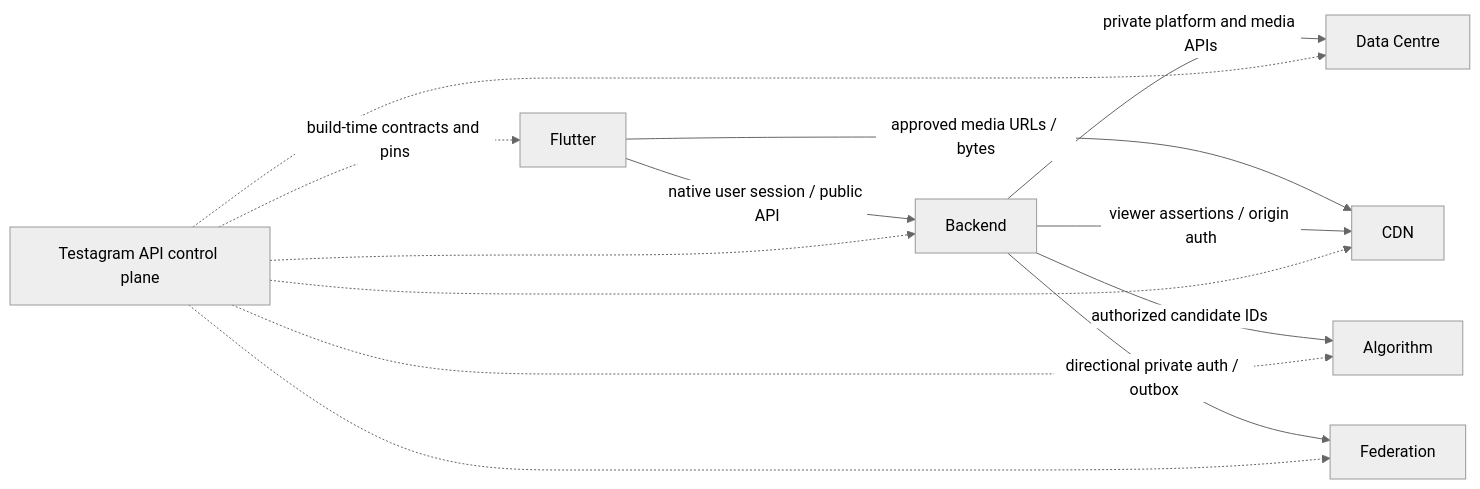
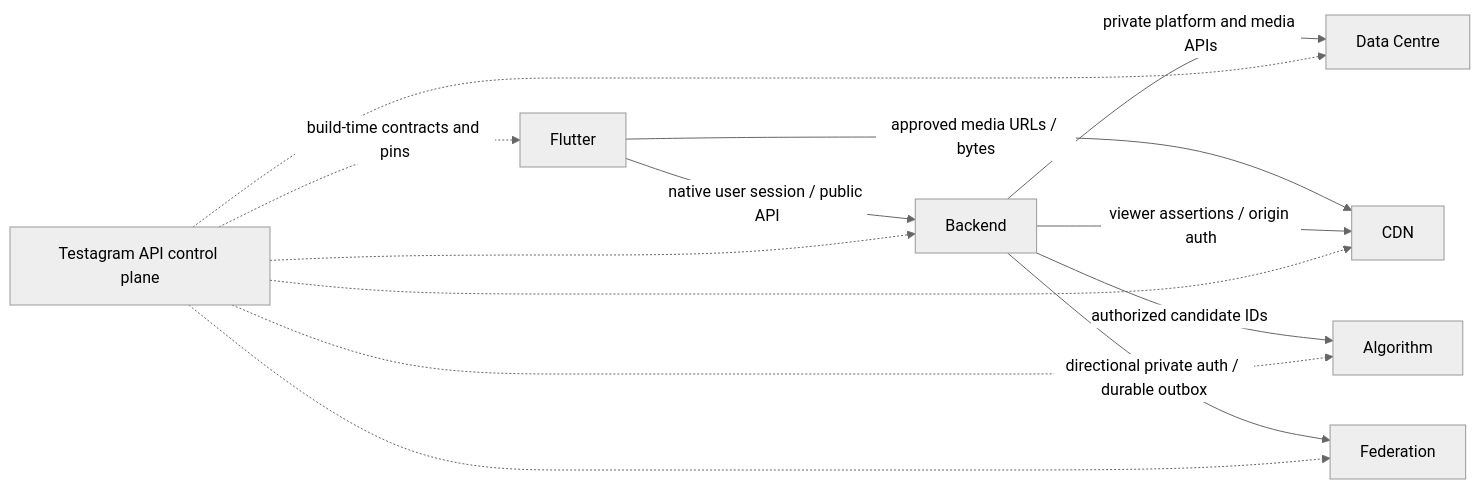
Before and after one commit to Trendyzima/testagram-api: the diagram in docs/integration/seven-organ-bridge.md, drawn with Mermaid (neutral theme). The commit also changed other lines of this file, not shown here.

````diff
--- a/docs/integration/seven-organ-bridge.md
+++ b/docs/integration/seven-organ-bridge.md
@@ -41,15 +43,15 @@
 ```mermaid
 flowchart LR
   F[Flutter] -->|native user session / public API| B[Backend]
   F -->|approved media URLs / bytes| C[CDN]
   B -->|private platform and media APIs| D[Data Centre]
   B -->|viewer assertions / origin auth| C
   B -->|authorized candidate IDs| A[Algorithm]
-  B -->|directional private auth / outbox| X[Federation]
+  B -->|directional private auth / durable outbox| X[Federation]
   G[Testagram API control plane] -.->|build-time contracts and pins| F
   G -.-> B
   G -.-> D
   G -.-> C
   G -.-> A
   G -.-> X
 ```
````
